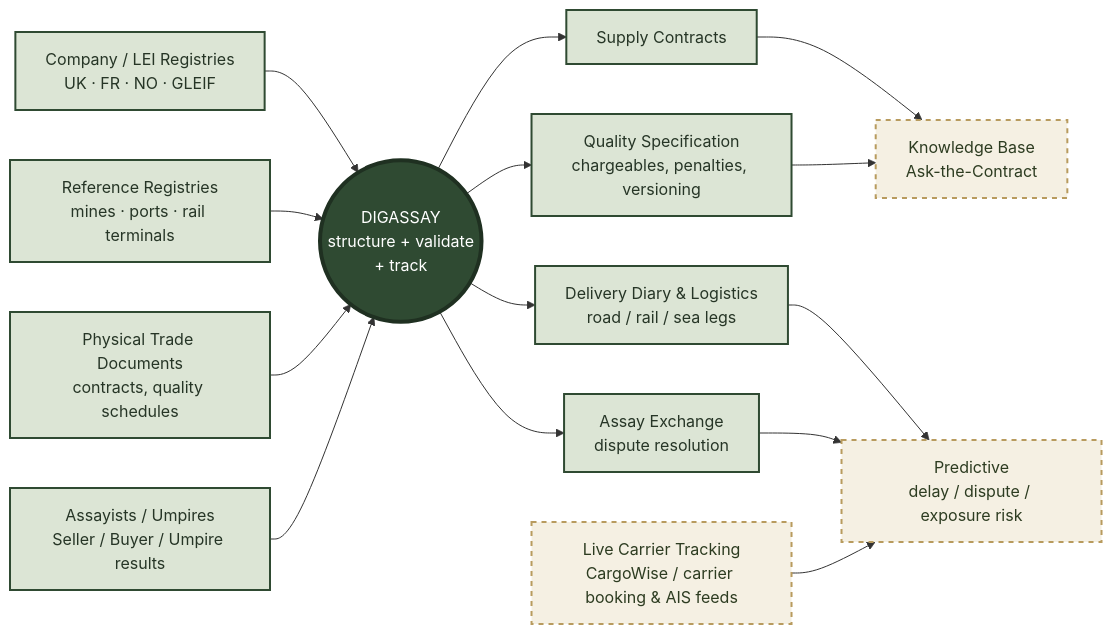
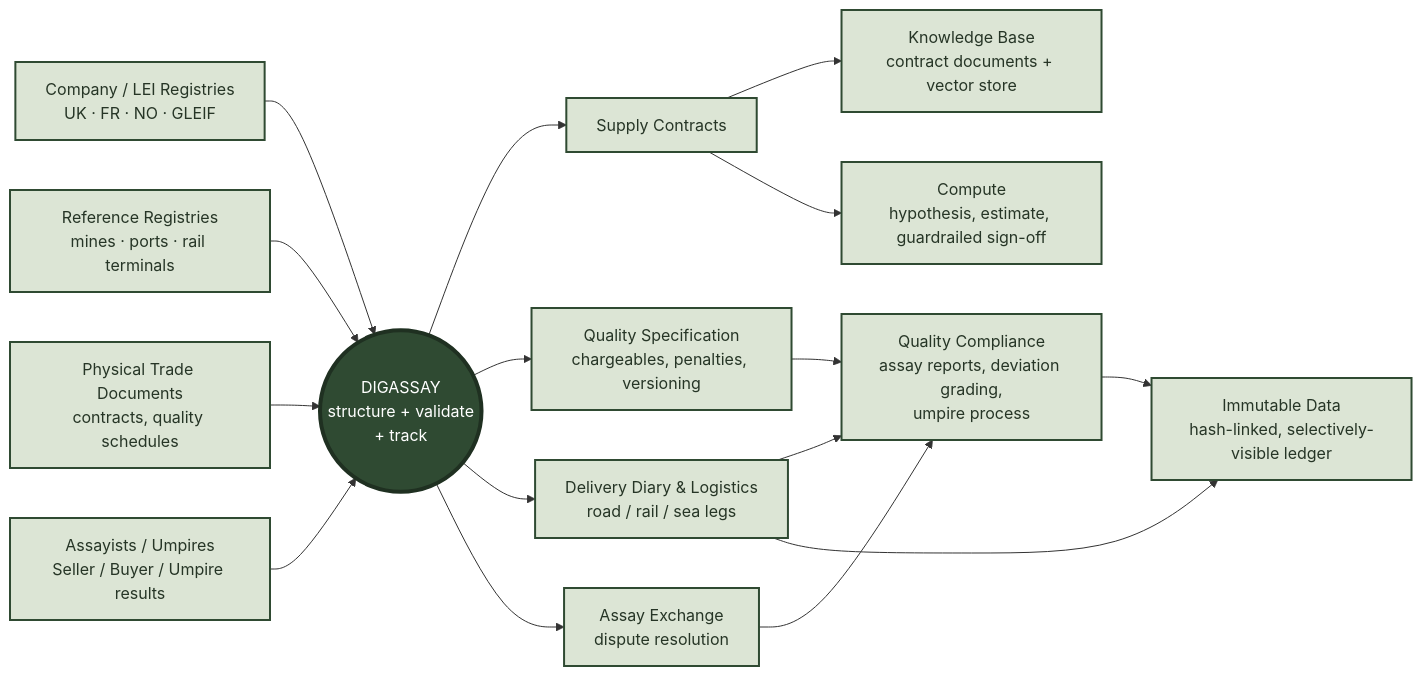
One commit to DIGASSAY/.github changed the diagram in profile/README.md. Above: the diagram before and after it, drawn with Mermaid. The commit also changed other lines of this file, not shown here.

First line of the commit message:
Update ecosystem diagram and status to reflect live functionality

````diff
--- a/profile/README.md
+++ b/profile/README.md
@@ -15,23 +15,26 @@
 ```mermaid
 flowchart LR
     R1["Company / LEI Registries<br/>UK · FR · NO · GLEIF"] --> D
     R2["Reference Registries<br/>mines · ports · rail terminals"] --> D
     R3["Physical Trade Documents<br/>contracts, quality schedules"] --> D
     R4["Assayists / Umpires<br/>Seller / Buyer / Umpire results"] --> D
 
     D(("DIGASSAY<br/>structure + validate<br/>+ track")) --> P1["Supply Contracts"]
     D --> P2["Quality Specification<br/>chargeables, penalties, versioning"]
     D --> P3["Delivery Diary &amp; Logistics<br/>road / rail / sea legs"]
     D --> P4["Assay Exchange<br/>dispute resolution"]
 
-    P1 --> KB["Knowledge Base<br/>Ask-the-Contract"]
-    P2 --> KB
-    P3 --> PR["Predictive<br/>delay / dispute / exposure risk"]
-    P4 --> PR
-    LT["Live Carrier Tracking<br/>CargoWise / carrier booking &amp; AIS feeds"] --> PR
+    P2 --> QC["Quality Compliance<br/>assay reports, deviation grading,<br/>umpire process"]
+    P3 --> QC
+    P4 --> QC
+
+    P1 --> KB["Knowledge Base<br/>contract documents + vector store"]
+    P1 --> CO["Compute<br/>hypothesis, estimate, guardrailed sign-off"]
+
+    QC --> IM["Immutable Data<br/>hash-linked, selectively-visible ledger"]
+    P3 --> IM
 
     classDef n fill:#DCE5D5,stroke:#2F4A32,color:#263526,stroke-width:2px;
     classDef c fill:#2F4A32,stroke:#1F3021,color:#FFFFFF,stroke-width:4px;
-    classDef roadmap fill:#F5F0E3,stroke:#B89B5E,color:#2D3C21,stroke-width:2px,stroke-dasharray:5 5;
-    class R1,R2,R3,R4,P1,P2,P3,P4 n; class D c; class KB,PR,LT roadmap;
+    class R1,R2,R3,R4,P1,P2,P3,P4,QC,KB,CO,IM n; class D c;
 ```
````
